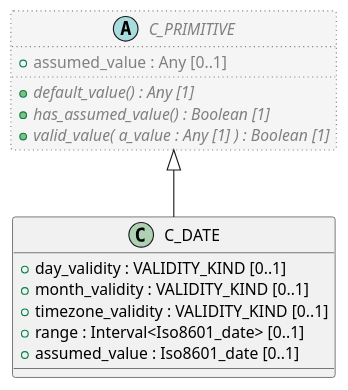
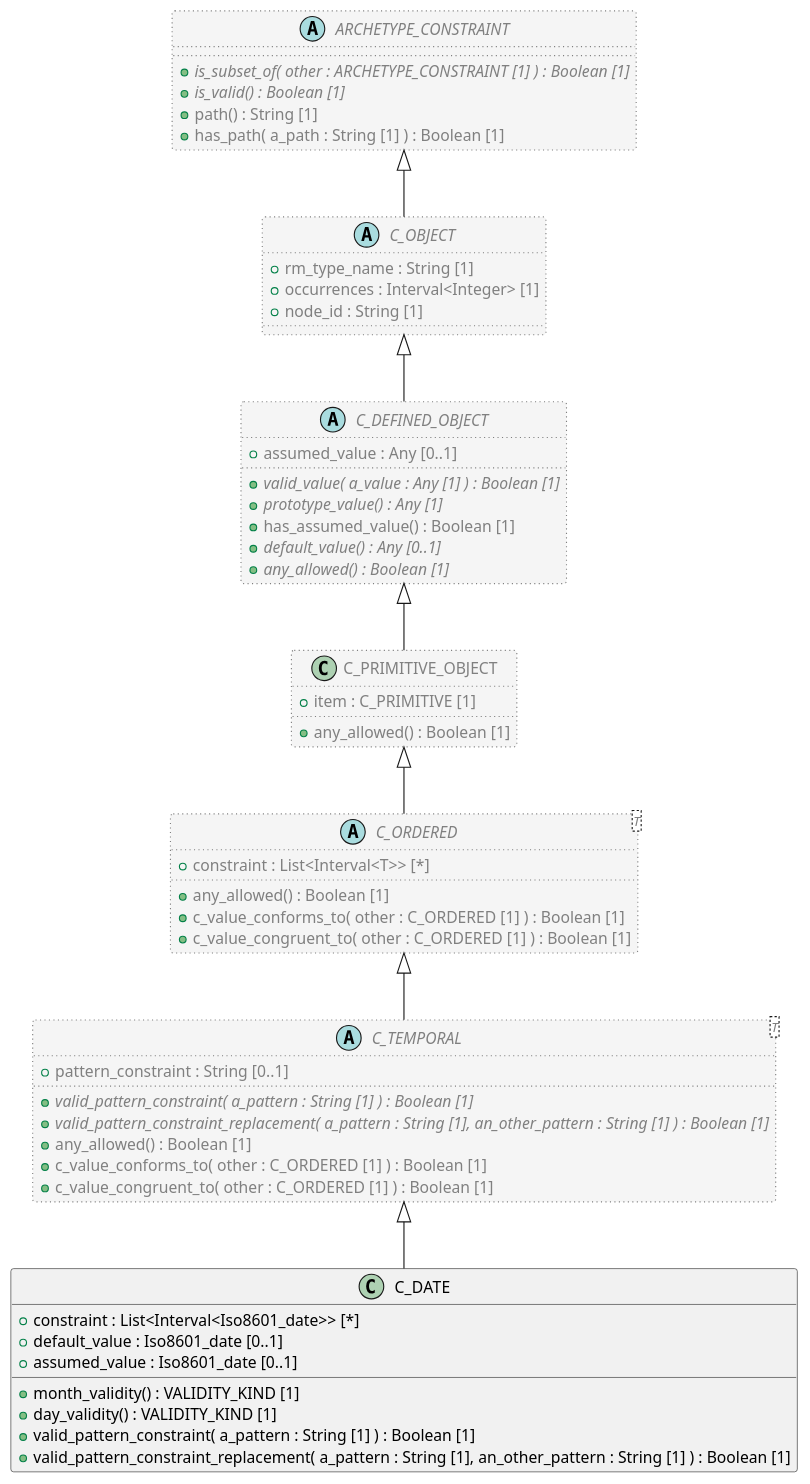
Before and after one commit to sebastian-iancu/code-generator: the diagram in code/PlantUML/openehr_am_2.4.0/org/openehr/am/aom2/constraint_model/primitive/C_DATE.puml, drawn with PlantUML. The commit also changed 140 other files, not shown here.

Commit message:
regenerate plantUML variant

```diff
--- a/code/PlantUML/openehr_am_2.4.0/org/openehr/am/aom2/constraint_model/primitive/C_DATE.puml
+++ b/code/PlantUML/openehr_am_2.4.0/org/openehr/am/aom2/constraint_model/primitive/C_DATE.puml
@@ -1,21 +1,69 @@
 @startuml
 
 class C_DATE {
-  + day_validity : VALIDITY_KIND [0..1]
-  + month_validity : VALIDITY_KIND [0..1]
-  + timezone_validity : VALIDITY_KIND [0..1]
-  + range : Interval<Iso8601_date> [0..1]
+  + constraint : List<Interval<Iso8601_date>> [*]
+  + default_value : Iso8601_date [0..1]
   + assumed_value : Iso8601_date [0..1]
+  + month_validity() : VALIDITY_KIND [1]
+  + day_validity() : VALIDITY_KIND [1]
+  + valid_pattern_constraint( a_pattern : String [1] ) : Boolean [1]
+  + valid_pattern_constraint_replacement( a_pattern : String [1], an_other_pattern : String [1] ) : Boolean [1]
 }
 
-abstract class C_PRIMITIVE  #whitesmoke;line:gray;line.dotted;text:gray {
-  + assumed_value : Any [0..1]
-  + {abstract} default_value() : Any [1]
-  + {abstract} has_assumed_value() : Boolean [1]
-  + {abstract} valid_value( a_value : Any [1] ) : Boolean [1]
+abstract class C_TEMPORAL <T>  #whitesmoke;line:gray;line.dotted;text:gray {
+  + pattern_constraint : String [0..1]
+  + {abstract} valid_pattern_constraint( a_pattern : String [1] ) : Boolean [1]
+  + {abstract} valid_pattern_constraint_replacement( a_pattern : String [1], an_other_pattern : String [1] ) : Boolean [1]
+  + any_allowed() : Boolean [1]
+  + c_value_conforms_to( other : C_ORDERED [1] ) : Boolean [1]
+  + c_value_congruent_to( other : C_ORDERED [1] ) : Boolean [1]
 }
 
-C_PRIMITIVE <|-- C_DATE
+abstract class C_ORDERED <T>  #whitesmoke;line:gray;line.dotted;text:gray {
+  + constraint : List<Interval<T>> [*]
+  + any_allowed() : Boolean [1]
+  + c_value_conforms_to( other : C_ORDERED [1] ) : Boolean [1]
+  + c_value_congruent_to( other : C_ORDERED [1] ) : Boolean [1]
+}
+
+class C_PRIMITIVE_OBJECT  #whitesmoke;line:gray;line.dotted;text:gray {
+  + item : C_PRIMITIVE [1]
+  + any_allowed() : Boolean [1]
+}
+
+abstract class C_DEFINED_OBJECT  #whitesmoke;line:gray;line.dotted;text:gray {
+  + assumed_value : Any [0..1]
+  + {abstract} valid_value( a_value : Any [1] ) : Boolean [1]
+  + {abstract} prototype_value() : Any [1]
+  + has_assumed_value() : Boolean [1]
+  + {abstract} default_value() : Any [0..1]
+  + {abstract} any_allowed() : Boolean [1]
+}
+
+abstract class C_OBJECT  #whitesmoke;line:gray;line.dotted;text:gray {
+  + rm_type_name : String [1]
+  + occurrences : Interval<Integer> [1]
+  + node_id : String [1]
+}
+
+abstract class ARCHETYPE_CONSTRAINT  #whitesmoke;line:gray;line.dotted;text:gray {
+  + {abstract} is_subset_of( other : ARCHETYPE_CONSTRAINT [1] ) : Boolean [1]
+  + {abstract} is_valid() : Boolean [1]
+  + path() : String [1]
+  + has_path( a_path : String [1] ) : Boolean [1]
+}
+
+ARCHETYPE_CONSTRAINT <|-- C_OBJECT
+
+C_OBJECT <|-- C_DEFINED_OBJECT
+
+C_DEFINED_OBJECT <|-- C_PRIMITIVE_OBJECT
+
+C_PRIMITIVE_OBJECT <|-- C_ORDERED
+
+C_ORDERED <|-- C_TEMPORAL
+
+C_TEMPORAL <|-- C_DATE
 
 
 @enduml
```
